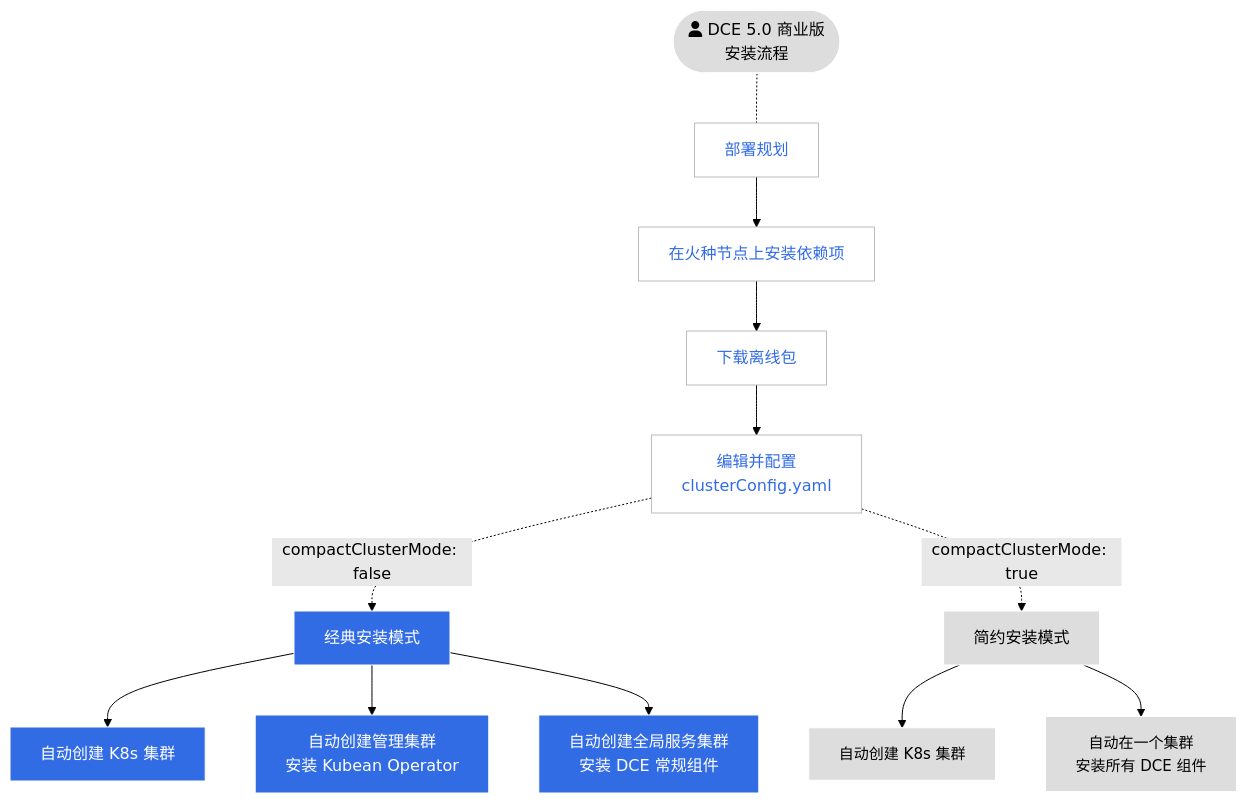
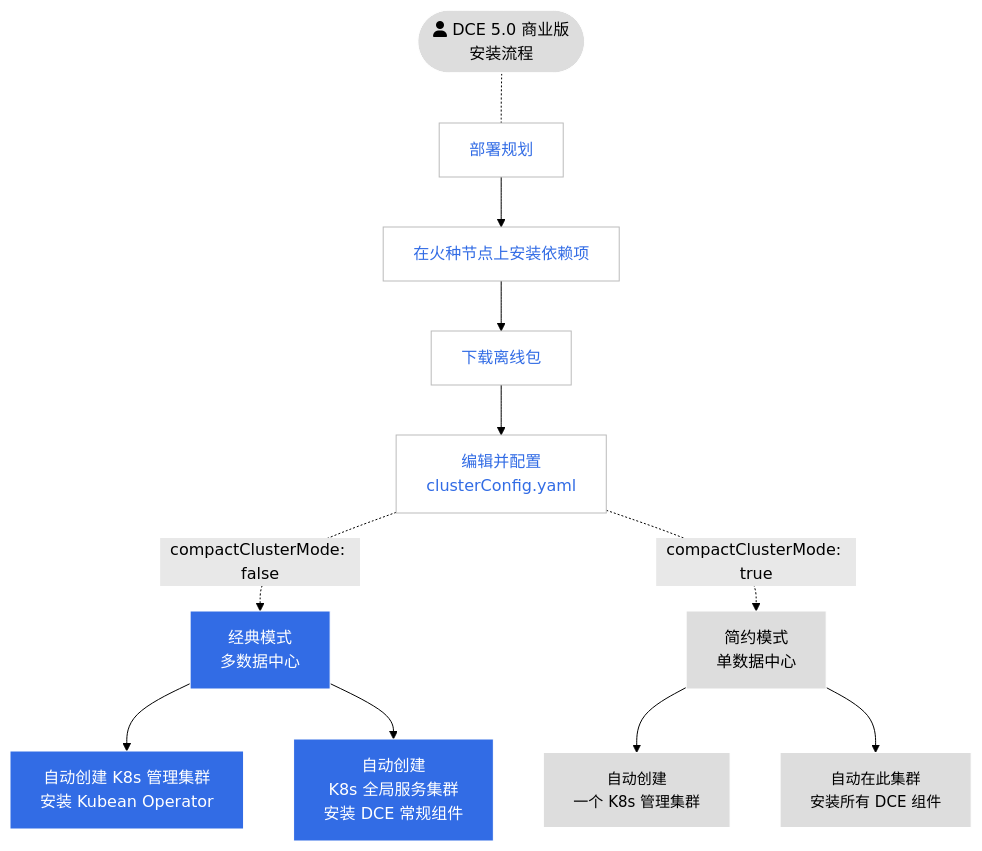
Before and after one commit to DaoCloud/DaoCloud-docs: the second of 2 diagrams in docs/zh/docs/install/intro.md, drawn with Mermaid (forest theme). The commit also changed other lines of this file and 2 other files, not shown here.

Commit message:
updated install and home page

````diff
--- a/docs/zh/docs/install/intro.md
+++ b/docs/zh/docs/install/intro.md
@@ -69,35 +73,34 @@
 ```mermaid
 flowchart TB
 
     start([fa:fa-user DCE 5.0 商业版<br>安装流程]) -.- deploy[部署规划]
     deploy --> tools[在火种节点上安装依赖项]
     tools --> download[下载离线包]
     download --> config[编辑并配置<br>clusterConfig.yaml]
 
-    config -.compactClusterMode: false.-> typical[经典安装模式]
-    typical --> k8s2[自动创建 K8s 集群]
-    typical --> mng2[自动创建管理集群<br>安装 Kubean Operator]
-    typical --> gsc2[自动创建全局服务集群<br>安装 DCE 常规组件]
+    config -.compactClusterMode: false.-> typical[经典模式<br>多数据中心]
+    typical --> mng2[自动创建 K8s 管理集群<br>安装 Kubean Operator]
+    typical --> gsc2[自动创建<br>K8s 全局服务集群<br>安装 DCE 常规组件]
 
-    config -.compactClusterMode: true.-> simple[简约安装模式]
-    simple --> k8s1[自动创建 K8s 集群]
-    simple --> gsc1[自动在一个集群<br>安装所有 DCE 组件]
+    config -.compactClusterMode: true.-> simple[简约模式<br>单数据中心]
+    simple --> k8s1[自动创建<br>一个 K8s 管理集群]
+    simple --> gsc1[自动在此集群<br>安装所有 DCE 组件]
 
 classDef grey fill:#dddddd,stroke:#ffffff,stroke-width:1px,color:#000000, font-size:15px;
 classDef white fill:#ffffff,stroke:#000,stroke-width:1px,color:#000,font-weight:bold
 classDef spacewhite fill:#ffffff,stroke:#fff,stroke-width:0px,color:#000
 classDef plain fill:#ddd,stroke:#fff,stroke-width:1px,color:#000;
 classDef k8s fill:#326ce5,stroke:#fff,stroke-width:1px,color:#fff;
 classDef cluster fill:#fff,stroke:#bbb,stroke-width:1px,color:#326ce5;
 
 class deploy,tools,download,config cluster
 class typical,k8s,mng2,gsc2,k8s2 k8s
 class simple,start plain
 class gsc1,k8s1 grey
 
 click deploy "https://docs.daocloud.io/install/commercial/deploy-plan/"
 click tools "https://docs.daocloud.io/install/install-tools/"
 click download "https://docs.daocloud.io/install/commercial/download-file/"
 click config "https://docs.daocloud.io/install/commercial/clusterconfig/"
 click typical,simple "https://docs.daocloud.io/install/commercial/start-install/"
 ```
````
